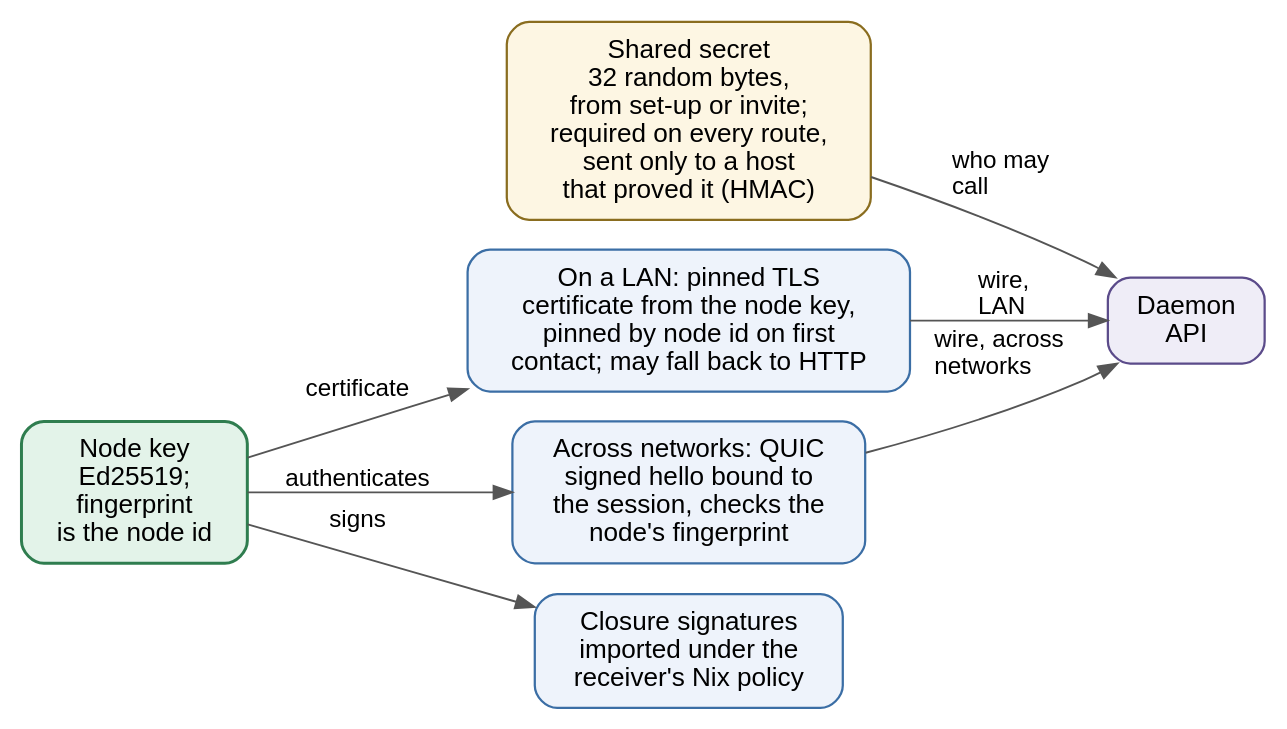
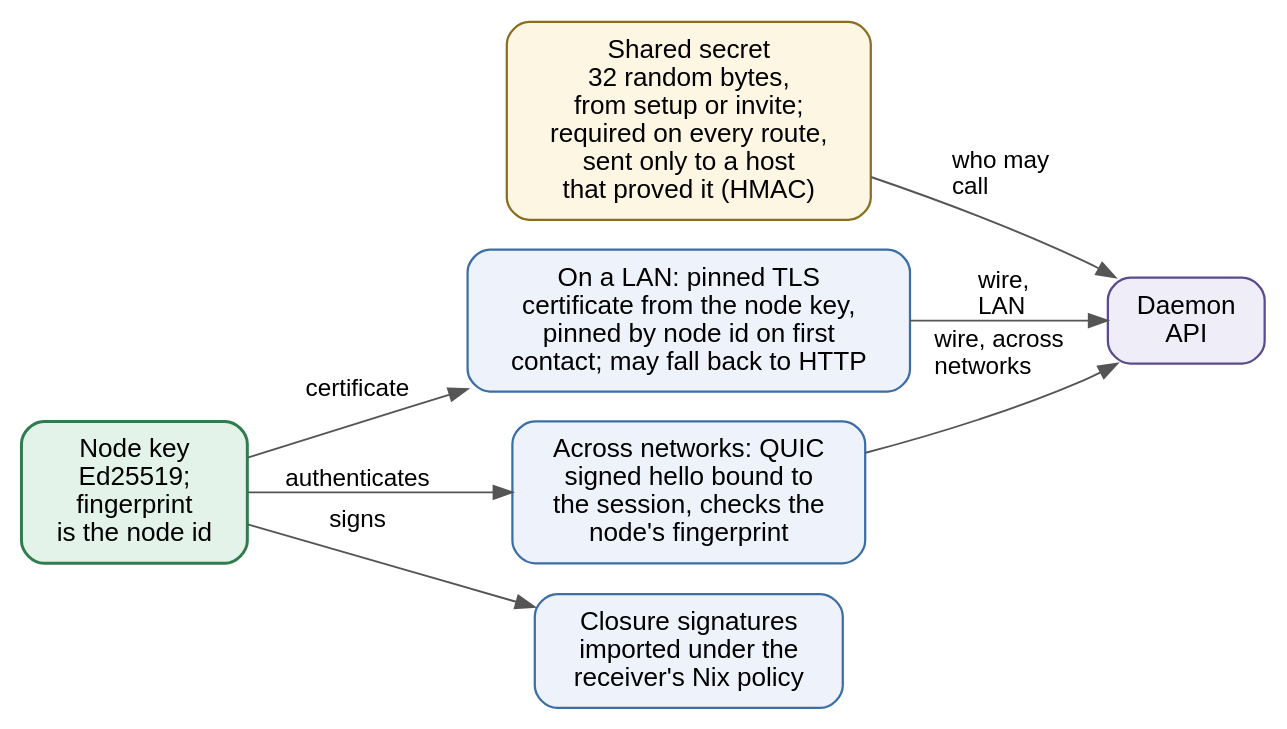
The diagram in docs/diagrams/src/fig_4.2_trust.dot (vinayakyadav2709/Pipedpeer), drawn with Graphviz before and after one commit. The commit also changed 24 other files, not shown here.

```diff
--- a/docs/diagrams/src/fig_4.2_trust.dot
+++ b/docs/diagrams/src/fig_4.2_trust.dot
@@ -1,22 +1,22 @@
 // Figure 4.2 - The three layers of trust, and the one node key behind the wire
 // layers and the closure signatures.
 digraph Trust {
   rankdir=LR; bgcolor="white"; nodesep=0.22; ranksep=0.35;
   node [fontname="Helvetica", fontsize=14, shape=box, style="rounded,filled",
         fillcolor="#eef3fb", color="#3b6ea5", penwidth=1.2, margin="0.18,0.11"];
   edge [fontname="Helvetica", fontsize=13, color="#555555"];
 
-  tok  [label="Shared secret\n32 random bytes,\nfrom set-up or invite;\nrequired on every route,\nsent only to a host\nthat proved it (HMAC)", fillcolor="#fdf6e3", color="#8a6d1f"];
+  tok  [label="Shared secret\n32 random bytes,\nfrom setup or invite;\nrequired on every route,\nsent only to a host\nthat proved it (HMAC)", fillcolor="#fdf6e3", color="#8a6d1f"];
   tls  [label="On a LAN: pinned TLS\ncertificate from the node key,\npinned by node id on first\ncontact; may fall back to HTTP"];
   quic [label="Across networks: QUIC\nsigned hello bound to\nthe session, checks the\nnode's fingerprint"];
   key  [label="Node key\nEd25519;\nfingerprint\nis the node id", fillcolor="#e3f3e9", color="#2f7d4f", penwidth=1.6];
   sig  [label="Closure signatures\nimported under the\nreceiver's Nix policy"];
   api  [label="Daemon\nAPI", fillcolor="#efedf7", color="#5b4b8a"];
 
   tok -> api [label="who may\lcall\l"];
   tls -> api [label="wire,\lLAN\l"];
   quic -> api [label="wire, across\lnetworks\l"];
   key -> quic [label="authenticates"];
   key -> tls [label="certificate"];
   key -> sig [label="signs"];
 }
```
